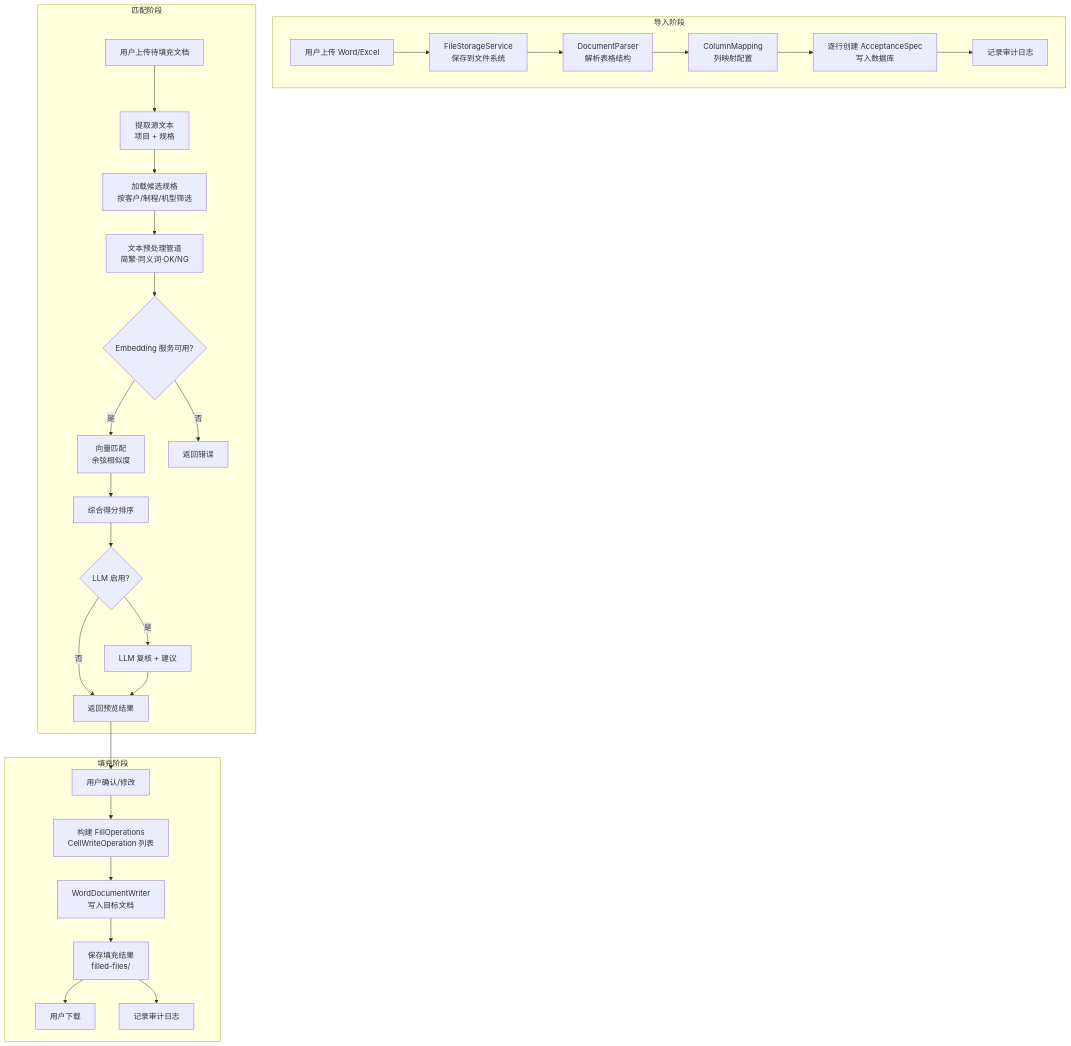
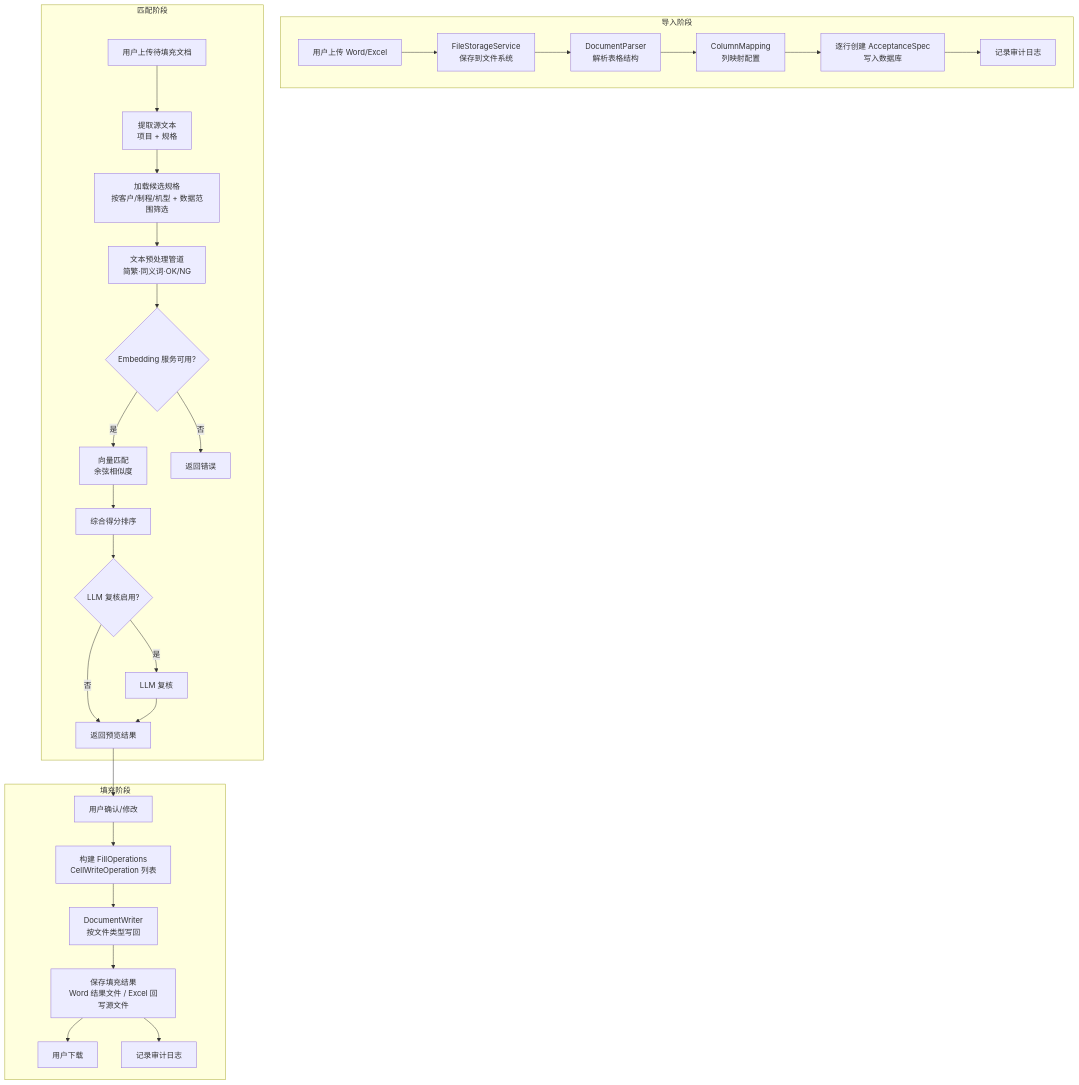
One commit to xiaocaiisxiaocai/AcceptanceSpecRecognition changed diagram 28 of 28 in docs/design-overview.md. Above: the diagram before and after it, drawn with Mermaid. The commit also changed other lines of this file and 51 other files, not shown here.

````diff
--- a/docs/design-overview.md
+++ b/docs/design-overview.md
@@ -1176,33 +1304,33 @@
 ```mermaid
 graph TB
     subgraph 导入阶段
         U1[用户上传 Word/Excel] --> UPLOAD[FileStorageService<br/>保存到文件系统]
         UPLOAD --> PARSE[DocumentParser<br/>解析表格结构]
         PARSE --> MAP[ColumnMapping<br/>列映射配置]
         MAP --> IMPORT[逐行创建 AcceptanceSpec<br/>写入数据库]
         IMPORT --> LOG1[记录审计日志]
     end
 
     subgraph 匹配阶段
         U2[用户上传待填充文档] --> EXTRACT[提取源文本<br/>项目 + 规格]
-        EXTRACT --> CAND[加载候选规格<br/>按客户/制程/机型筛选]
+        EXTRACT --> CAND[加载候选规格<br/>按客户/制程/机型 + 数据范围筛选]
         CAND --> PREPROC[文本预处理管道<br/>简繁·同义词·OK/NG]
         PREPROC --> EMBCHK{Embedding 服务可用?}
         EMBCHK -- 是 --> VEC[向量匹配<br/>余弦相似度]
         VEC --> SCORE[综合得分排序]
-        SCORE --> LLM_OPT{LLM 启用?}
+        SCORE --> LLM_OPT{LLM 复核启用?}
         EMBCHK -- 否 --> ERR[返回错误]
-        LLM_OPT -- 是 --> LLM_PROC[LLM 复核 + 建议]
+        LLM_OPT -- 是 --> LLM_PROC[LLM 复核]
         LLM_OPT -- 否 --> PREVIEW
         LLM_PROC --> PREVIEW[返回预览结果]
     end
 
     subgraph 填充阶段
         PREVIEW --> CONFIRM[用户确认/修改]
         CONFIRM --> FILL_OPS[构建 FillOperations<br/>CellWriteOperation 列表]
-        FILL_OPS --> WRITER[WordDocumentWriter<br/>写入目标文档]
-        WRITER --> SAVE[保存填充结果<br/>filled-files/]
+        FILL_OPS --> WRITER[DocumentWriter<br/>按文件类型写回]
+        WRITER --> SAVE[保存填充结果<br/>Word 结果文件 / Excel 回写源文件]
         SAVE --> DL[用户下载]
         SAVE --> LOG2[记录审计日志]
     end
 ```
````
